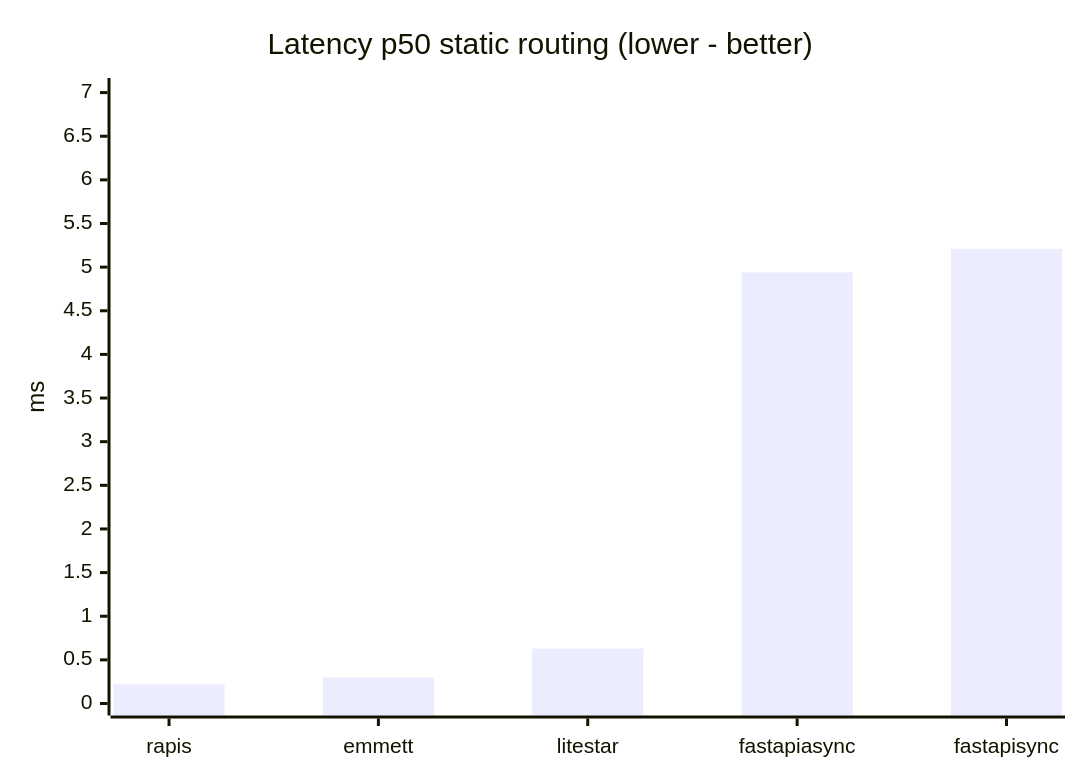
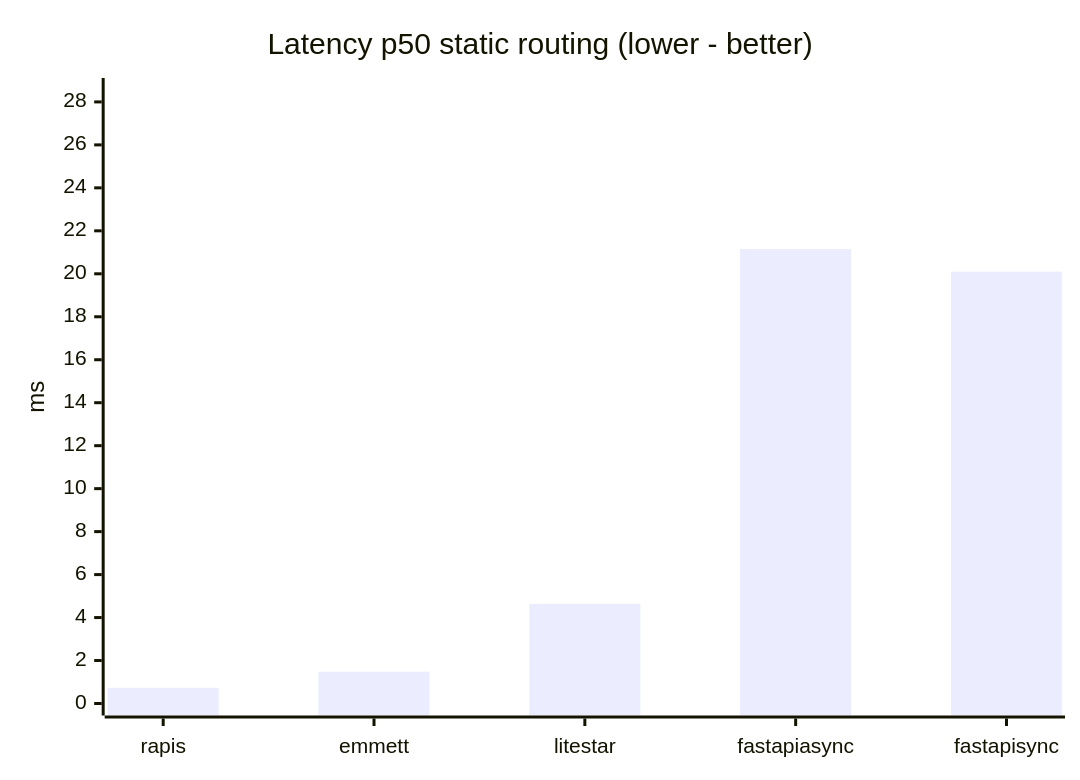
The sixth of 6 diagrams in benchmarks/README.md (sheptalo/rapis), drawn with Mermaid before and after one commit. The commit also changed other lines of this file, not shown here.

````diff
--- a/benchmarks/README.md
+++ b/benchmarks/README.md
@@ -141,7 +141,7 @@
 ```mermaid
 xychart-beta
     title "Latency p50 static routing (lower - better)"
     x-axis [rapis, emmett, litestar, fastapi async, fastapi sync]
-    y-axis "ms" 0 --> 7.0297
-    bar [0.22, 0.3, 0.63, 4.94, 5.21]
+    y-axis "ms" 0 --> 28.5545
+    bar [0.73, 1.48, 4.64, 21.15, 20.1]
 ```
````
